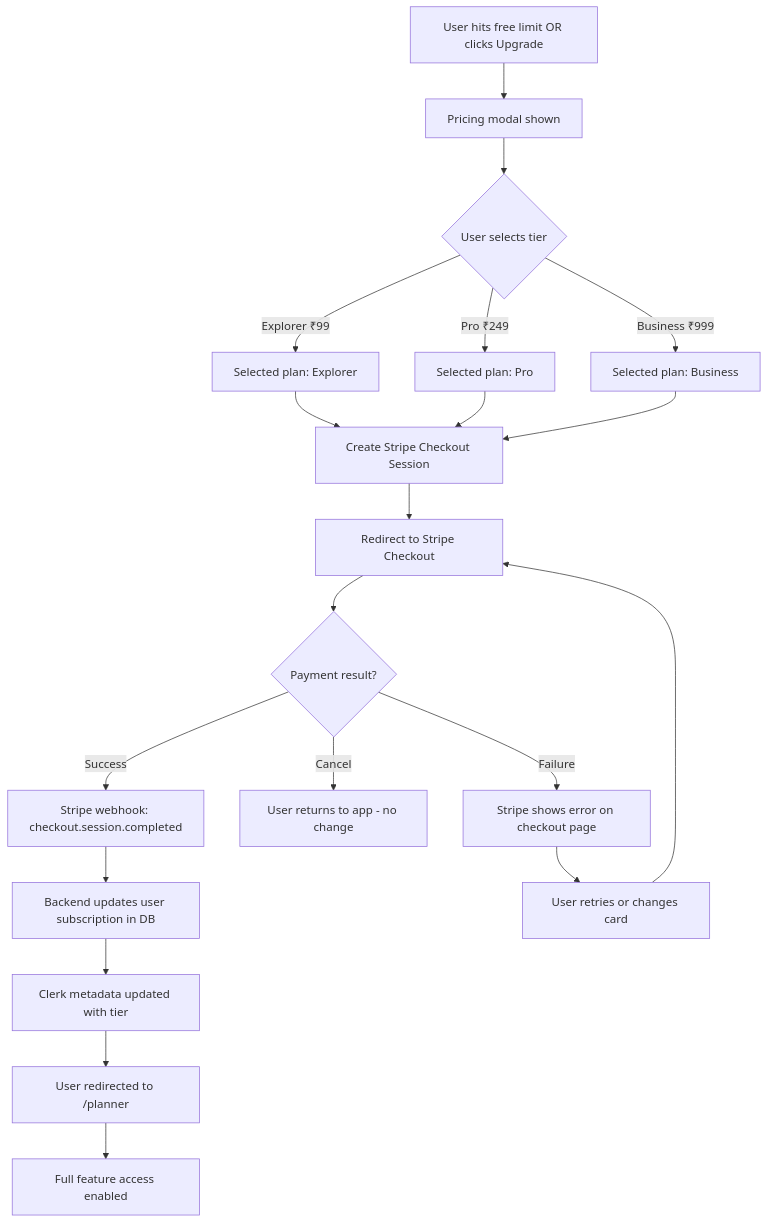
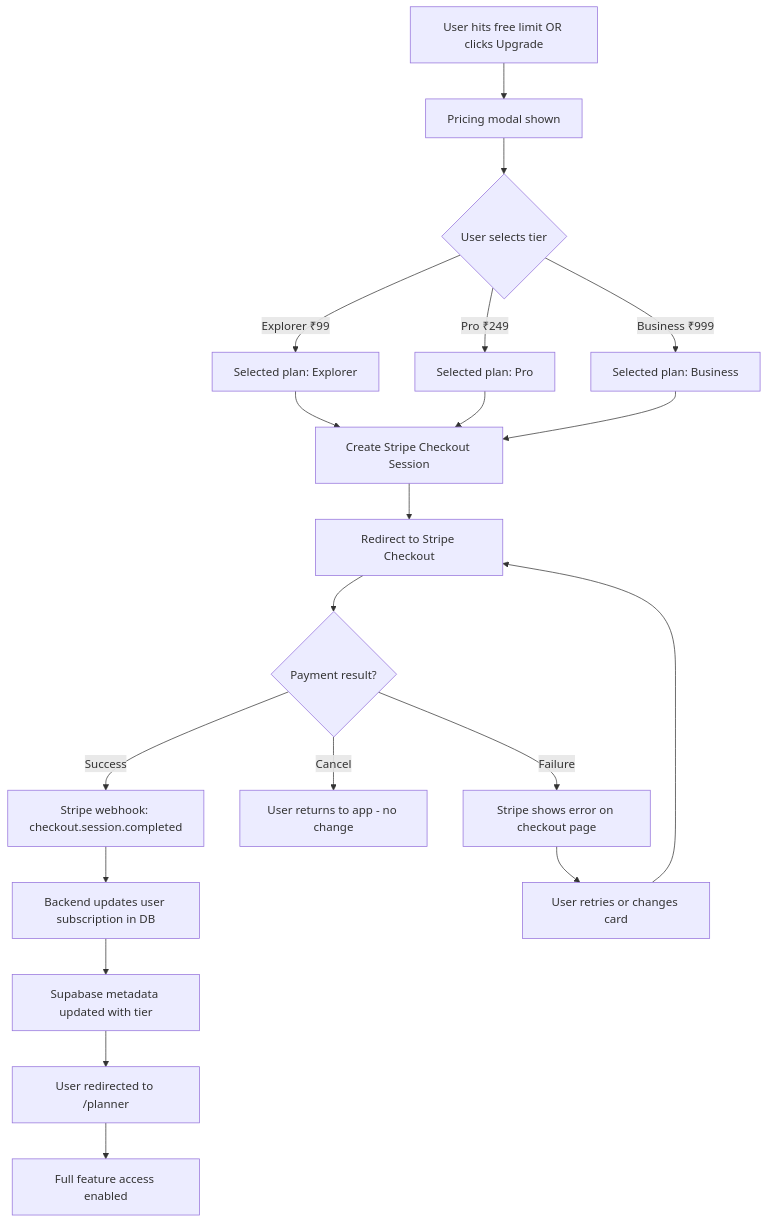
One commit to ayushrai1235/TravelMate changed the third of 8 diagrams in docs/03-design/User Flows.md. Above: the diagram before and after it, drawn with Mermaid. The commit also changed other lines of this file and 77 other files, not shown here.

Commit message:
feat: initialize core backend architecture and documentation for TravelMate API service

````diff
--- a/docs/03-design/User Flows.md
+++ b/docs/03-design/User Flows.md
@@ -73,22 +73,22 @@
 ```mermaid
 flowchart TD
     A[User hits free limit OR clicks Upgrade] --> B[Pricing modal shown]
     B --> C{User selects tier}
     C -->|Explorer ₹99| D[Selected plan: Explorer]
     C -->|Pro ₹249| E[Selected plan: Pro]
     C -->|Business ₹999| F[Selected plan: Business]
     D --> G[Create Stripe Checkout Session]
     E --> G
     F --> G
     G --> H[Redirect to Stripe Checkout]
     H --> I{Payment result?}
     I -->|Success| J[Stripe webhook: checkout.session.completed]
     J --> K[Backend updates user subscription in DB]
-    K --> L[Clerk metadata updated with tier]
+    K --> L[Supabase metadata updated with tier]
     L --> M[User redirected to /planner]
     M --> N[Full feature access enabled]
     I -->|Cancel| O[User returns to app - no change]
     I -->|Failure| P[Stripe shows error on checkout page]
     P --> Q[User retries or changes card]
     Q --> H
 ```
````
